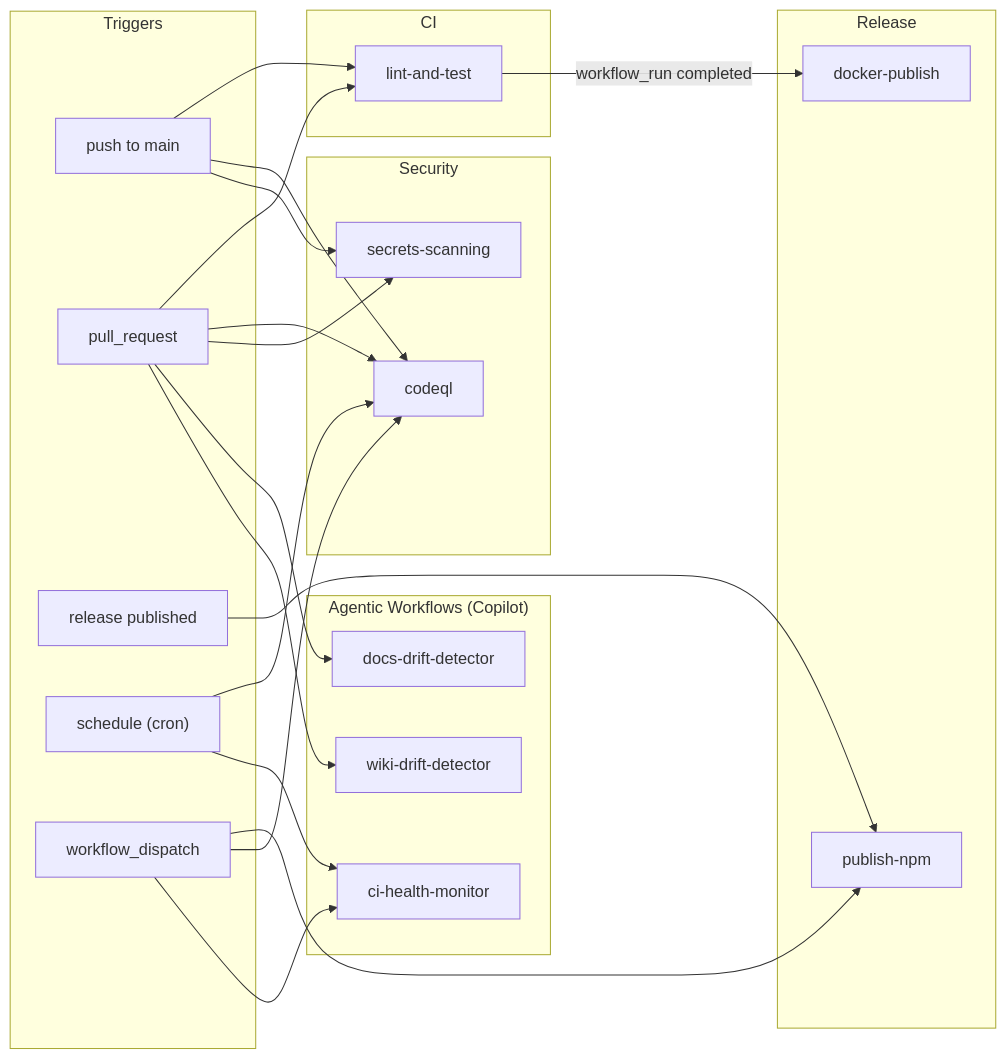
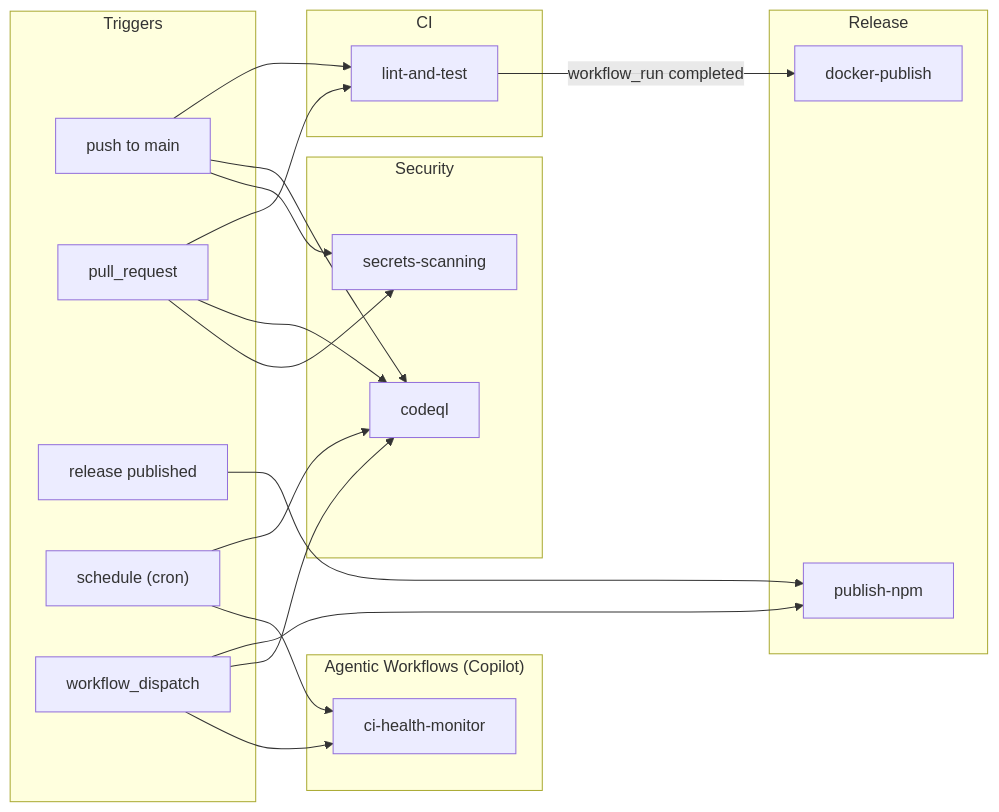
Before and after one commit to neverinfamous/mysql-mcp: the diagram in .github/workflows/README.md, drawn with Mermaid. The commit also changed other lines of this file and 4 other files, not shown here.

````diff
--- a/.github/workflows/README.md
+++ b/.github/workflows/README.md
@@ -15,50 +15,46 @@
 ```mermaid
 flowchart LR
     subgraph Triggers["Triggers"]
         Push["push to main"]
         PR["pull_request"]
         Release["release published"]
         Sched["schedule (cron)"]
         Manual["workflow_dispatch"]
     end
 
     subgraph CI["CI"]
         LT["lint-and-test"]
     end
 
     subgraph Security["Security"]
         CQL["codeql"]
         SS["secrets-scanning"]
     end
 
     subgraph Release_["Release"]
         DP["docker-publish"]
         NPM["publish-npm"]
     end
 
     subgraph Agentic["Agentic Workflows (Copilot)"]
         CHM["ci-health-monitor"]
-        DDD["docs-drift-detector"]
-        WDD["wiki-drift-detector"]
     end
 
     Push --> LT
     Push --> CQL
     Push --> SS
 
     PR --> LT
     PR --> CQL
     PR --> SS
-    PR --> DDD
-    PR --> WDD
 
     LT -->|workflow_run completed| DP
 
     Release --> NPM
     Manual --> NPM
     Manual --> CQL
     Manual --> CHM
 
     Sched --> CQL
     Sched --> CHM
 ```
````
